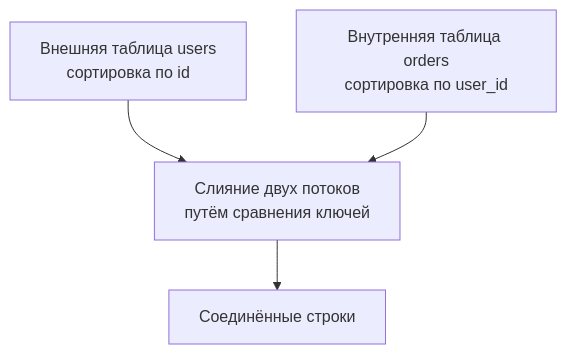
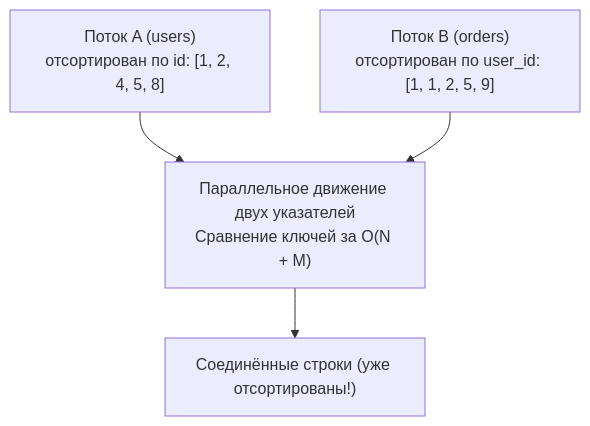
One commit to UnrealTemplier/go-textbook changed the third of 3 diagrams in sources/12. Базы данных/04. Индексы и производительность/14. Оптимизация JOIN.md. Above: the diagram before and after it, drawn with Mermaid. The commit also changed other lines of this file, not shown here.

````diff
--- a/sources/12. Базы данных/04. Индексы и производительность/14. Оптимизация JOIN.md
+++ b/sources/12. Базы данных/04. Индексы и производительность/14. Оптимизация JOIN.md
@@ -61,10 +85,11 @@
 ```mermaid
 flowchart TD
-    OuterSort["Внешняя таблица users<br>сортировка по id"]
-    InnerSort["Внутренняя таблица orders<br>сортировка по user_id"]
-    Merge["Слияние двух потоков<br>путём сравнения ключей"]
-    Result["Соединённые строки"]
+    OuterSort["Поток A (users)<br>отсортирован по id: [1, 2, 4, 5, 8]"]
+    InnerSort["Поток B (orders)<br>отсортирован по user_id: [1, 1, 2, 5, 9]"]
+    Merge["Параллельное движение двух указателей<br>Сравнение ключей за O(N + M)"]
+    Result["Соединённые строки (уже отсортированы!)"]
+
     OuterSort --> Merge
     InnerSort --> Merge
     Merge --> Result
 ```
````
